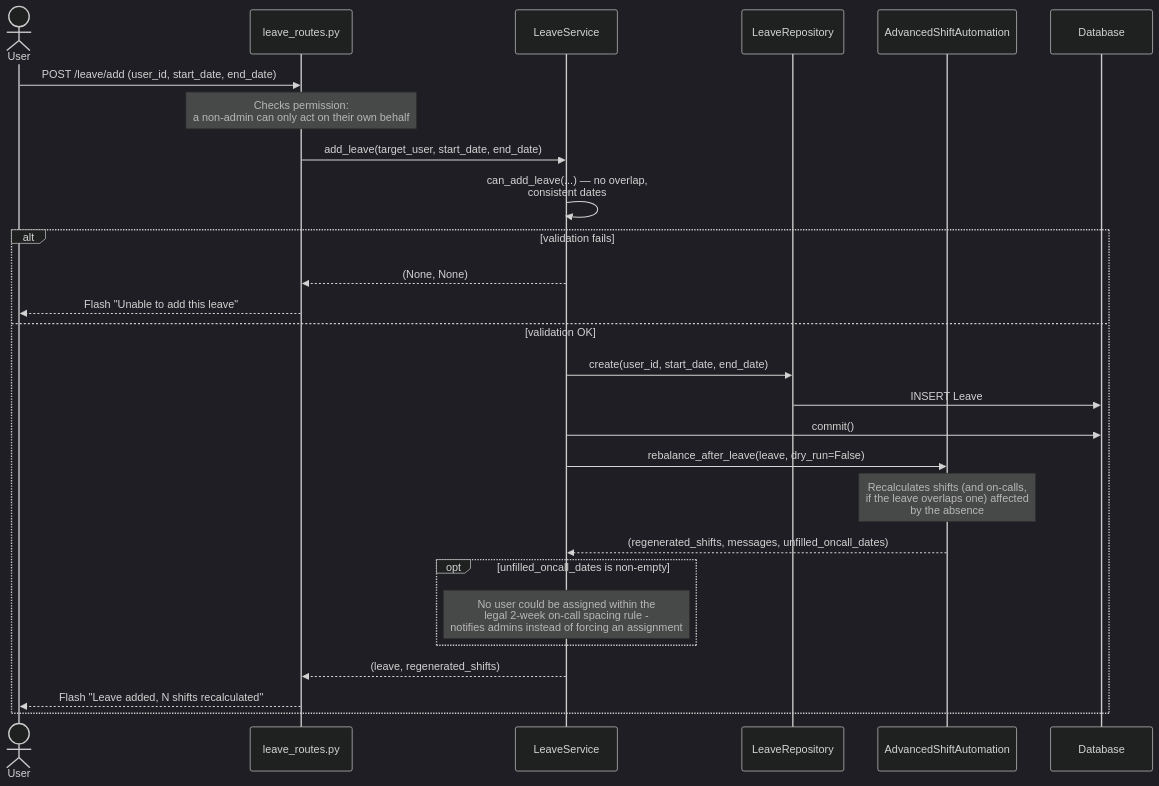
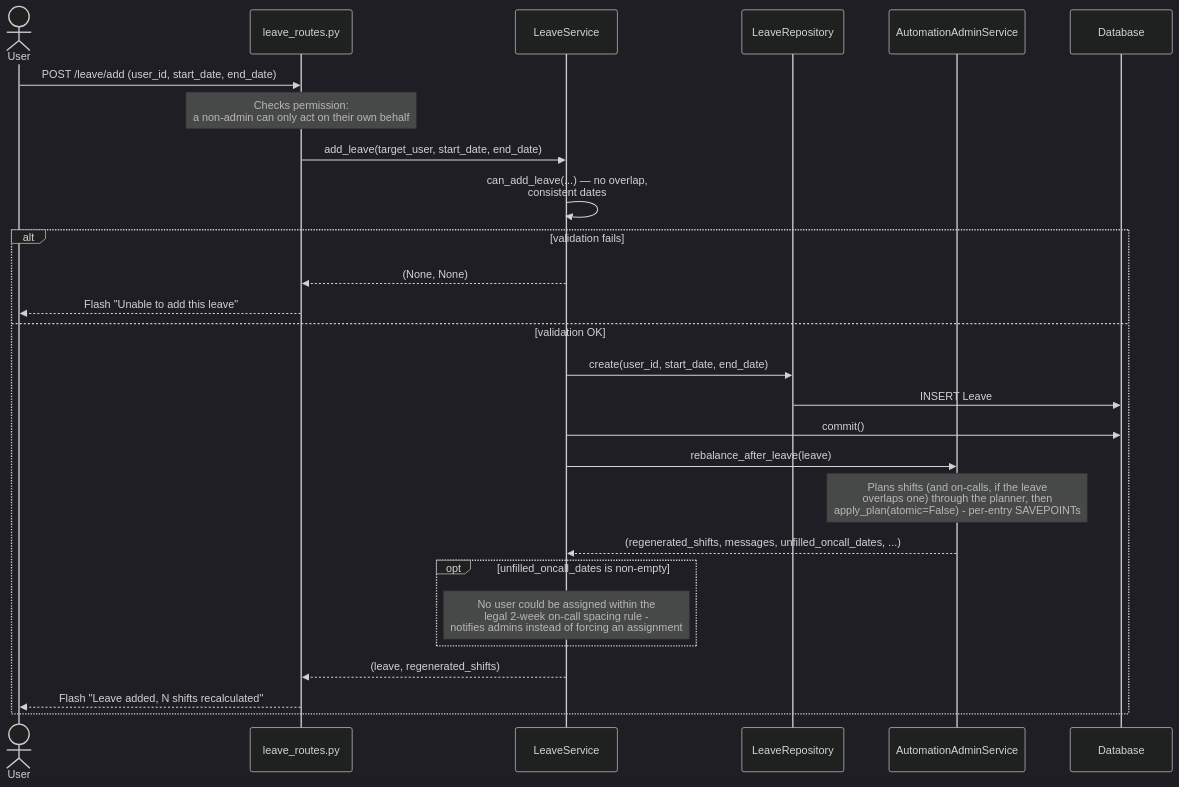
The third of 5 diagrams in Docs/architecture/SEQUENCE_DIAGRAMS.md (FoxOps/kairos), drawn with Mermaid (dark theme) before and after one commit. The commit also changed 8 other files, not shown here.

````diff
--- a/Docs/architecture/SEQUENCE_DIAGRAMS.md
+++ b/Docs/architecture/SEQUENCE_DIAGRAMS.md
@@ -69,30 +69,30 @@
 ```mermaid
 sequenceDiagram
     actor U as User
     participant R as leave_routes.py
     participant LS as LeaveService
     participant LR as LeaveRepository
-    participant ASA as AdvancedShiftAutomation
+    participant AAS as AutomationAdminService
     participant DB as Database
 
     U->>R: POST /leave/add (user_id, start_date, end_date)
     Note over R: Checks permission:<br/>a non-admin can only act on their own behalf
     R->>LS: add_leave(target_user, start_date, end_date)
     LS->>LS: can_add_leave(...) — no overlap,<br/>consistent dates
     alt validation fails
         LS-->>R: (None, None)
         R-->>U: Flash "Unable to add this leave"
     else validation OK
         LS->>LR: create(user_id, start_date, end_date)
         LR->>DB: INSERT Leave
         LS->>DB: commit()
-        LS->>ASA: rebalance_after_leave(leave, dry_run=False)
-        Note over ASA: Recalculates shifts (and on-calls,<br/>if the leave overlaps one) affected<br/>by the absence
-        ASA-->>LS: (regenerated_shifts, messages, unfilled_oncall_dates)
+        LS->>AAS: rebalance_after_leave(leave)
+        Note over AAS: Plans shifts (and on-calls, if the leave<br/>overlaps one) through the planner, then<br/>apply_plan(atomic=False) - per-entry SAVEPOINTs
+        AAS-->>LS: (regenerated_shifts, messages, unfilled_oncall_dates, ...)
         opt unfilled_oncall_dates is non-empty
             Note over LS: No user could be assigned within the<br/>legal 2-week on-call spacing rule -<br/>notifies admins instead of forcing an assignment
         end
         LS-->>R: (leave, regenerated_shifts)
         R-->>U: Flash "Leave added, N shifts recalculated"
     end
 ```
````
